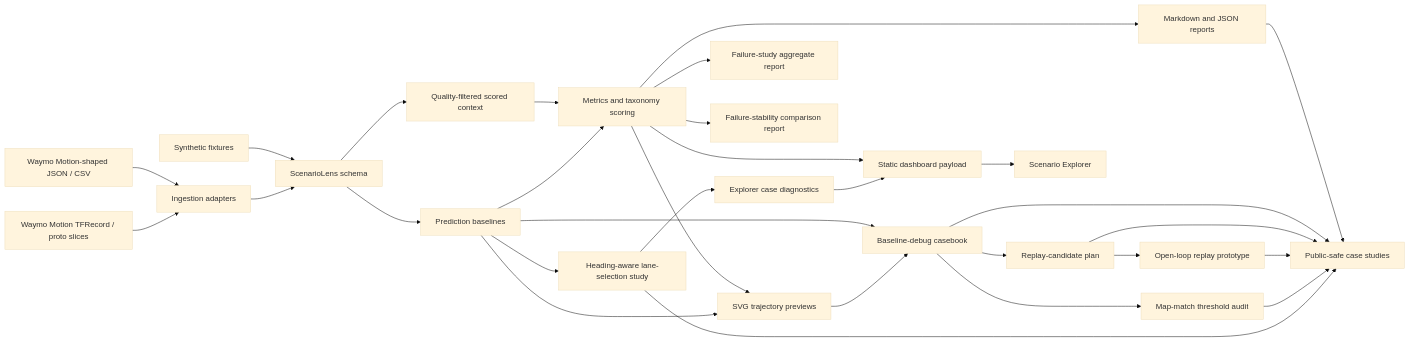
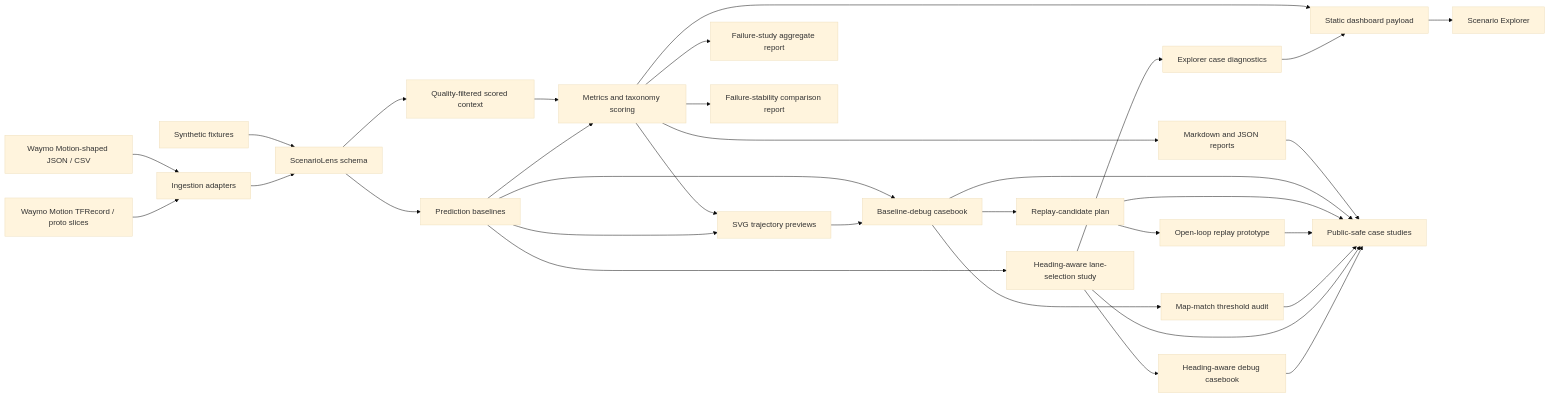
One commit to ethanvillalovoz/scenariolens changed the diagram in docs/architecture.md. Above: the diagram before and after it, drawn with Mermaid (base theme). The commit also changed other lines of this file and 25 other files, not shown here.

Commit message:
Add heading-aware debug casebook

````diff
--- a/docs/architecture.md
+++ b/docs/architecture.md
@@ -5,32 +5,34 @@
 ```mermaid
 flowchart LR
     A["Synthetic fixtures"] --> D["ScenarioLens schema"]
     B["Waymo Motion-shaped JSON / CSV"] --> C["Ingestion adapters"]
     M["Waymo Motion TFRecord / proto slices"] --> C
     C --> D
     D --> E["Quality-filtered scored context"]
     D --> P["Prediction baselines"]
     E --> F["Metrics and taxonomy scoring"]
     P --> F
     F --> G["Markdown and JSON reports"]
     F --> H["SVG trajectory previews"]
     P --> H
     F --> L["Failure-study aggregate report"]
     F --> N["Failure-stability comparison report"]
     P --> U["Heading-aware lane-selection study"]
     U --> V["Explorer case diagnostics"]
+    U --> W["Heading-aware debug casebook"]
     P --> Q["Baseline-debug casebook"]
     H --> Q
     Q --> R["Replay-candidate plan"]
     R --> S["Open-loop replay prototype"]
     Q --> T["Map-match threshold audit"]
     F --> I["Static dashboard payload"]
     V --> I
     I --> J["Scenario Explorer"]
     G --> K["Public-safe case studies"]
     Q --> K
     R --> K
     S --> K
     T --> K
     U --> K
+    W --> K
 ```
````
